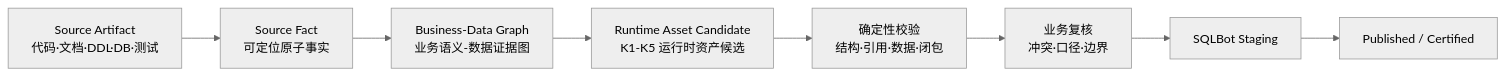
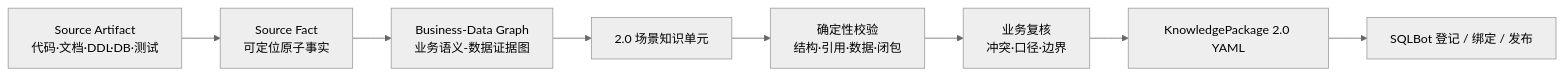
One commit to guoke92/SQLBot changed the first of 7 diagrams in docs/业务系统知识库提取与构建指南-v1.md. Above: the diagram before and after it, drawn with Mermaid (neutral theme). The commit also changed other lines of this file and 125 other files, not shown here.

````diff
--- a/docs/业务系统知识库提取与构建指南-v1.md
+++ b/docs/业务系统知识库提取与构建指南-v1.md
@@ -14,10 +15,10 @@
 ```mermaid
 flowchart LR
     A["Source Artifact<br/>代码·文档·DDL·DB·测试"] --> B["Source Fact<br/>可定位原子事实"]
     B --> C["Business-Data Graph<br/>业务语义-数据证据图"]
-    C --> D["Runtime Asset Candidate<br/>K1-K5 运行时资产候选"]
+    C --> D["2.0 场景知识单元"]
     D --> E["确定性校验<br/>结构·引用·数据·闭包"]
     E --> F["业务复核<br/>冲突·口径·边界"]
-    F --> G["SQLBot Staging"]
-    G --> H["Published / Certified"]
+    F --> G["KnowledgePackage 2.0 YAML"]
+    G --> H["SQLBot 登记 / 绑定 / 发布"]
 ```
````
